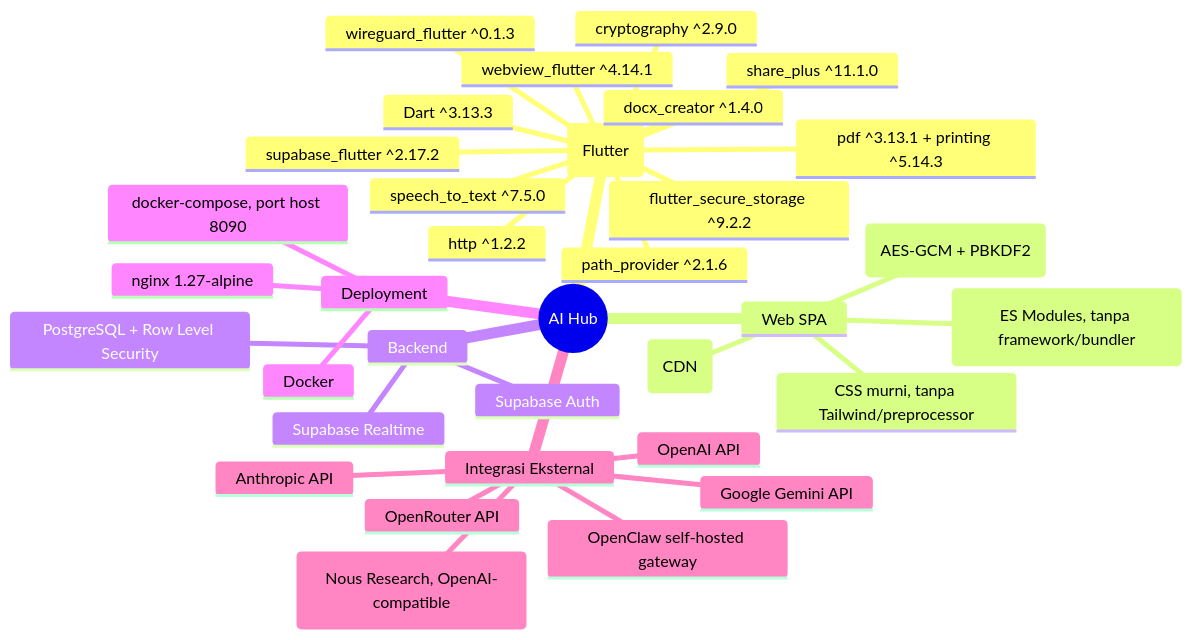
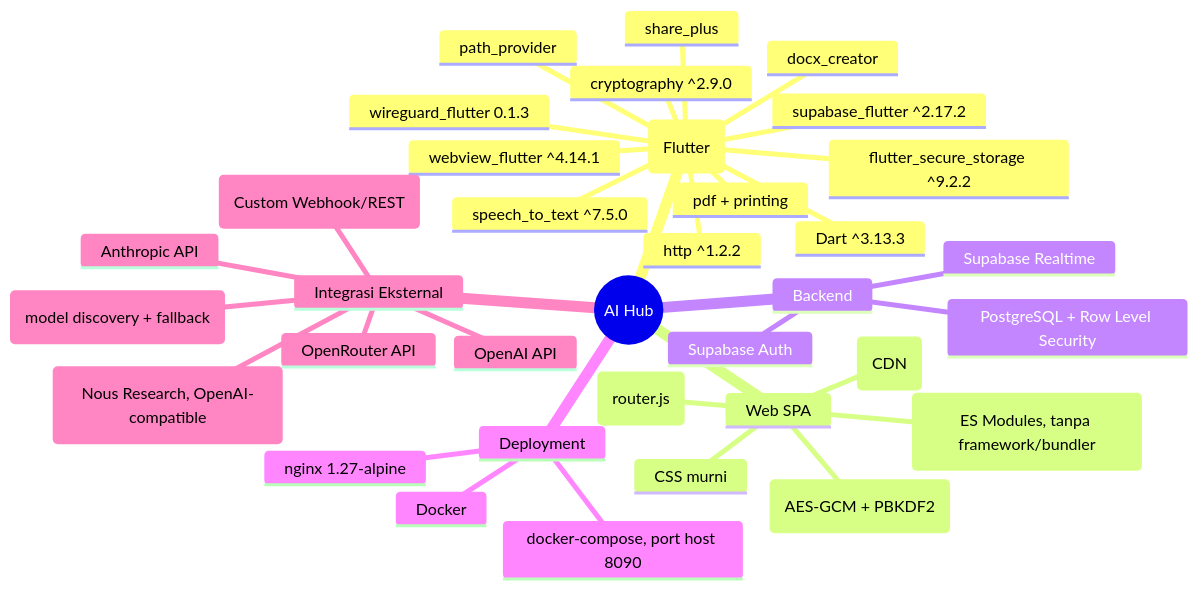
One commit to Khoirul-Yardan/PROJECT-MOBILE-APP changed the first of 15 diagrams in docs/diagram-alur.md. Above: the diagram before and after it, drawn with Mermaid. The commit also changed other lines of this file and 42 other files, not shown here.

````diff
--- a/docs/diagram-alur.md
+++ b/docs/diagram-alur.md
@@ -27,37 +30,38 @@
 ```mermaid
 mindmap
   root((AI Hub))
     Native Shell (Flutter)
       Dart ^3.13.3
       supabase_flutter ^2.17.2
       webview_flutter ^4.14.1
       flutter_secure_storage ^9.2.2
-      wireguard_flutter ^0.1.3
+      wireguard_flutter 0.1.3
       speech_to_text ^7.5.0
       cryptography ^2.9.0
       http ^1.2.2
-      pdf ^3.13.1 + printing ^5.14.3
-      docx_creator ^1.4.0
-      share_plus ^11.1.0
-      path_provider ^2.1.6
+      pdf + printing
+      docx_creator
+      share_plus
+      path_provider
     Web SPA
       Vanilla JS (ES Modules, tanpa framework/bundler)
       Supabase JS v2 (CDN)
       Web Crypto API (AES-GCM + PBKDF2)
-      CSS murni, tanpa Tailwind/preprocessor
+      CSS murni
+      Hash router sendiri (router.js)
     Backend
       Supabase Auth
       PostgreSQL + Row Level Security
       Supabase Realtime
     Deployment
       Docker
       nginx 1.27-alpine
       docker-compose, port host 8090
     Integrasi Eksternal
       OpenAI API
       Anthropic API
-      Google Gemini API
+      Google Gemini API (model discovery + fallback)
       OpenRouter API
       Hermes (Nous Research, OpenAI-compatible)
-      OpenClaw self-hosted gateway
+      OpenClaw self-hosted gateway (Custom Webhook/REST)
 ```
````
